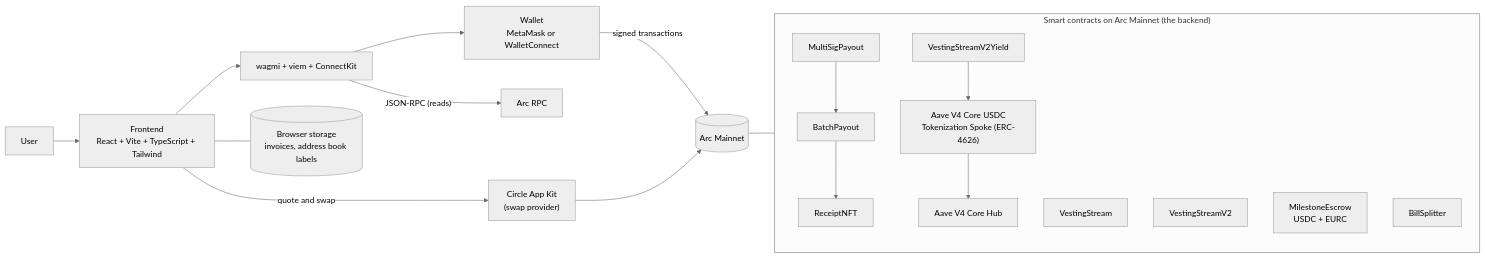
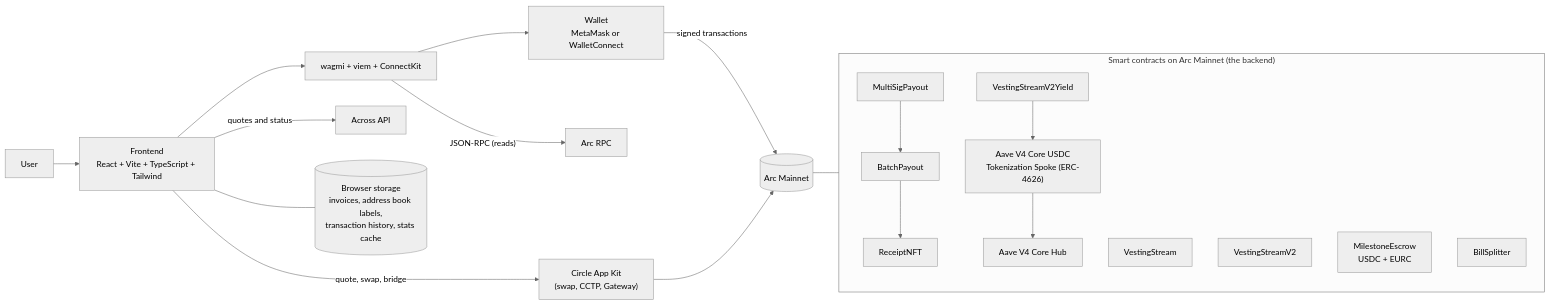
The first of 2 diagrams in README.md (phoenixanand/RacconPay), drawn with Mermaid (neutral theme) before and after one commit. The commit also changed other lines of this file and 4 other files, not shown here.

````diff
--- a/README.md
+++ b/README.md
@@ -29,23 +49,24 @@
 ```mermaid
 flowchart LR
   U[User] --> FE["Frontend<br/>React + Vite + TypeScript + Tailwind"]
   FE --> W["wagmi + viem + ConnectKit"]
   W --> WAL["Wallet<br/>MetaMask or WalletConnect"]
   W -->|"JSON-RPC (reads)"| RPC[Arc RPC]
   WAL -->|signed transactions| ARC[(Arc Mainnet)]
-  FE -->|quote and swap| KIT["Circle App Kit<br/>(swap provider)"]
+  FE -->|quote, swap, bridge| KIT["Circle App Kit<br/>(swap, CCTP, Gateway)"]
   KIT --> ARC
-  FE --- LS[("Browser storage<br/>invoices, address book labels")]
+  FE -->|quotes and status| ACR["Across API"]
+  FE --- LS[("Browser storage<br/>invoices, address book labels,<br/>transaction history, stats cache")]
 
   subgraph ARC_CONTRACTS["Smart contracts on Arc Mainnet (the backend)"]
     BP[BatchPayout] --> RN[ReceiptNFT]
     MS[MultiSigPayout] --> BP
     V1[VestingStream]
     V2[VestingStreamV2]
     VY[VestingStreamV2Yield] --> AAVE["Aave V4 Core USDC<br/>Tokenization Spoke (ERC-4626)"]
     AAVE --> HUB[Aave V4 Core Hub]
     ESC["MilestoneEscrow<br/>USDC + EURC"]
     BS[BillSplitter]
   end
   ARC --- ARC_CONTRACTS
 ```
````
